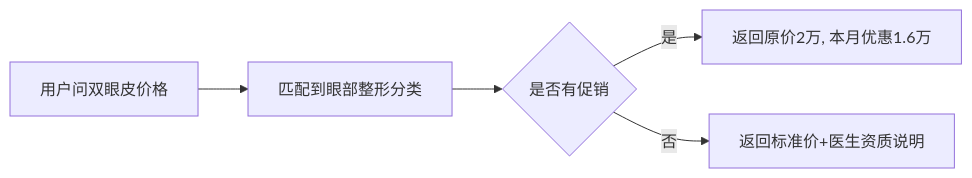
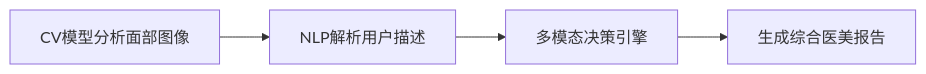
One commit to thedeathsheep/pocaster.github.io changed the second of 9 diagrams in _posts/2025-04-10-一种客服咨询类Agent设计方案.md. Above: the diagram before and after it, drawn with Mermaid. The commit also changed other lines of this file and 2 other files, not shown here.

```diff
--- a/_posts/2025-04-10-一种客服咨询类Agent设计方案.md
+++ b/_posts/2025-04-10-一种客服咨询类Agent设计方案.md
@@ -51,7 +68,6 @@
-  <div class="mermaid">
-  flowchart LR
-    U["用户问双眼皮价格"] --> S1["匹配到眼部整形分类"]
-    S1 --> S2{"是否有促销"}
-    S2 -->|"是"| S3["返回原价2万, 本月优惠1.6万"]
-    S2 -->|"否"| S4["返回标准价+医生资质说明"]
-  </div>
+<div class="mermaid">
+flowchart LR
+    CV["CV模型分析面部图像"] --> NLP["NLP解析用户描述"]
+    --> Fusion["多模态决策引擎"]
+    --> Report["生成综合医美报告"]
+</div>
```
